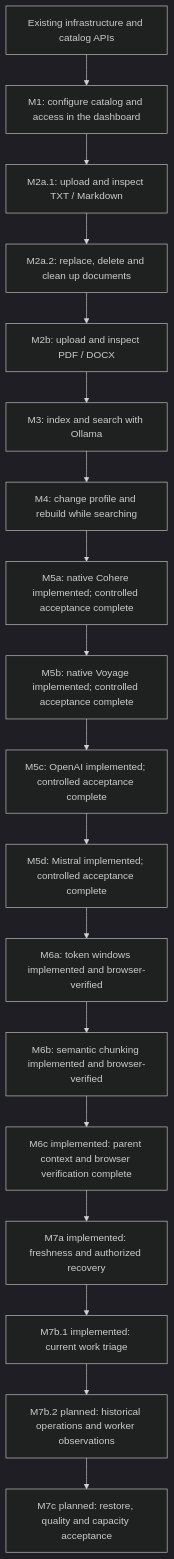
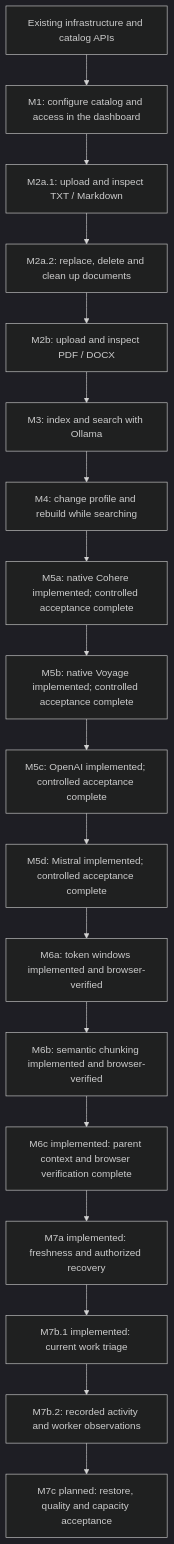
Before and after one commit to SimonLoir/vectorix: the fifth of 5 diagrams in docs/rag-implementation-plan.md, drawn with Mermaid (dark theme). The commit also changed other lines of this file and 87 other files, not shown here.

Commit message:
feat(rag): record activity and observe shared worker lanes

````diff
--- a/docs/rag-implementation-plan.md
+++ b/docs/rag-implementation-plan.md
@@ -267,20 +267,20 @@
 ```mermaid
 flowchart TD
     BASE["Existing infrastructure and catalog APIs"] --> M1["M1: configure catalog and access in the dashboard"]
     M1 --> M2A["M2a.1: upload and inspect TXT / Markdown"]
     M2A --> M2A2["M2a.2: replace, delete and clean up documents"]
     M2A2 --> M2B["M2b: upload and inspect PDF / DOCX"]
     M2B --> M3["M3: index and search with Ollama"]
     M3 --> M4["M4: change profile and rebuild while searching"]
     M4 --> M5A["M5a: native Cohere implemented; controlled acceptance complete"]
     M5A --> M5B["M5b: native Voyage implemented; controlled acceptance complete"]
     M5B --> M5C["M5c: OpenAI implemented; controlled acceptance complete"]
     M5C --> M5D["M5d: Mistral implemented; controlled acceptance complete"]
     M5D --> M6A["M6a: token windows implemented and browser-verified"]
     M6A --> M6B["M6b: semantic chunking implemented and browser-verified"]
     M6B --> M6C["M6c implemented: parent context and browser verification complete"]
     M6C --> M7A["M7a implemented: freshness and authorized recovery"]
     M7A --> M7B1["M7b.1 implemented: current work triage"]
-    M7B1 --> M7B2["M7b.2 planned: historical operations and worker observations"]
+    M7B1 --> M7B2["M7b.2: recorded activity and worker observations"]
     M7B2 --> M7C["M7c planned: restore, quality and capacity acceptance"]
 ```
````
